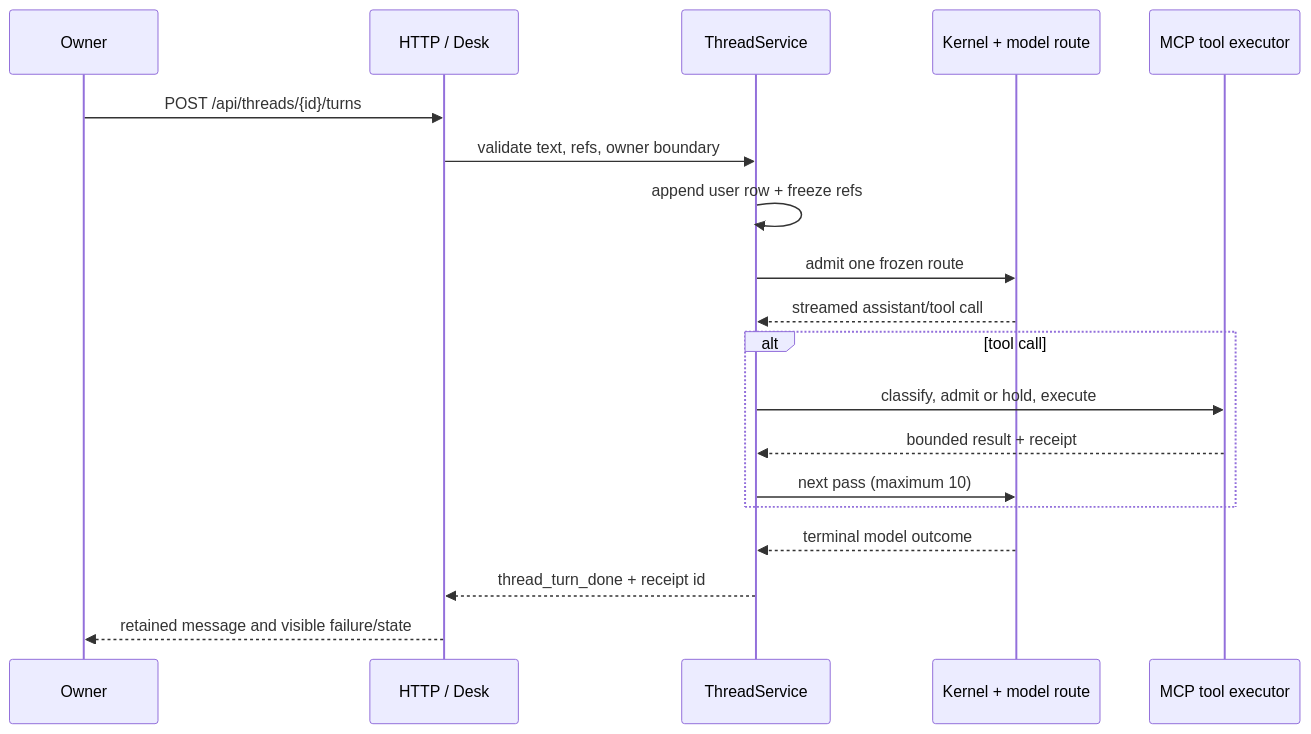
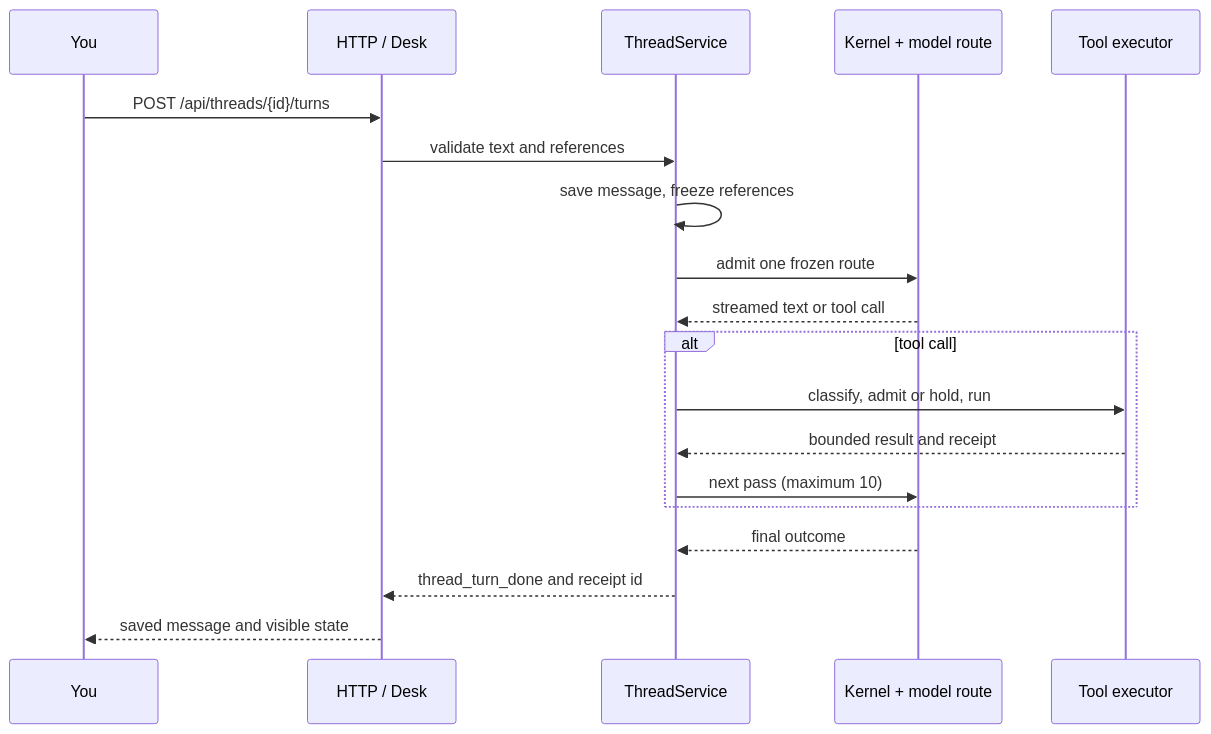
One commit to karolswdev/HoldSpeak changed the diagram in docs/AGENTS_AND_THREADS.md. Above: the diagram before and after it, drawn with Mermaid. The commit also changed other lines of this file and 66 other files, not shown here.

````diff
--- a/docs/AGENTS_AND_THREADS.md
+++ b/docs/AGENTS_AND_THREADS.md
@@ -38,21 +44,21 @@
 ```mermaid
 sequenceDiagram
-    participant U as Owner
+    participant U as You
     participant H as HTTP / Desk
     participant T as ThreadService
     participant K as Kernel + model route
-    participant M as MCP tool executor
+    participant M as Tool executor
     U->>H: POST /api/threads/{id}/turns
-    H->>T: validate text, refs, owner boundary
-    T->>T: append user row + freeze refs
+    H->>T: validate text and references
+    T->>T: save message, freeze references
     T->>K: admit one frozen route
-    K-->>T: streamed assistant/tool call
+    K-->>T: streamed text or tool call
     alt tool call
-        T->>M: classify, admit or hold, execute
-        M-->>T: bounded result + receipt
+        T->>M: classify, admit or hold, run
+        M-->>T: bounded result and receipt
         T->>K: next pass (maximum 10)
     end
-    K-->>T: terminal model outcome
-    T-->>H: thread_turn_done + receipt id
-    H-->>U: retained message and visible failure/state
+    K-->>T: final outcome
+    T-->>H: thread_turn_done and receipt id
+    H-->>U: saved message and visible state
 ```
````
